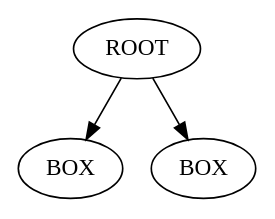
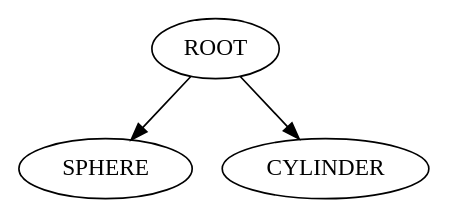
One commit to Miniflint/miniRT changed the diagram in bonus/out.dot. Above: the diagram before and after it, drawn with Graphviz. The commit also changed 17 other files, not shown here.

```diff
--- a/bonus/out.dot
+++ b/bonus/out.dot
@@ -1,7 +1,7 @@
 digraph BVH {
-	"0x6000015b8300" [label="ROOT"];
-	"0x6000015b8300" -> "0x6000015b8000";
-	"0x6000015b8000" [label="BOX"];
-	"0x6000015b8300" -> "0x6000015b8200";
-	"0x6000015b8200" [label="BOX"];
+	"0x55c57b41db80" [label="ROOT"];
+	"0x55c57b41db80" -> "0x55c57b41d980";
+	"0x55c57b41d980" [label="SPHERE"];
+	"0x55c57b41db80" -> "0x55c57b41da80";
+	"0x55c57b41da80" [label="CYLINDER"];
 }
```
